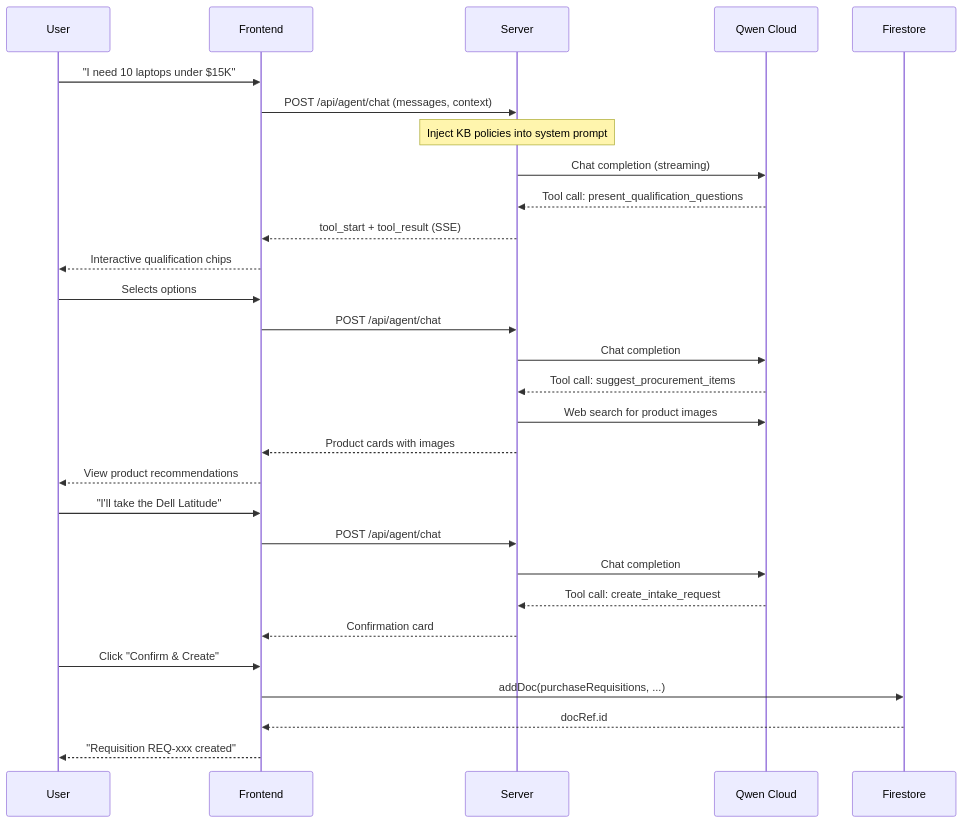
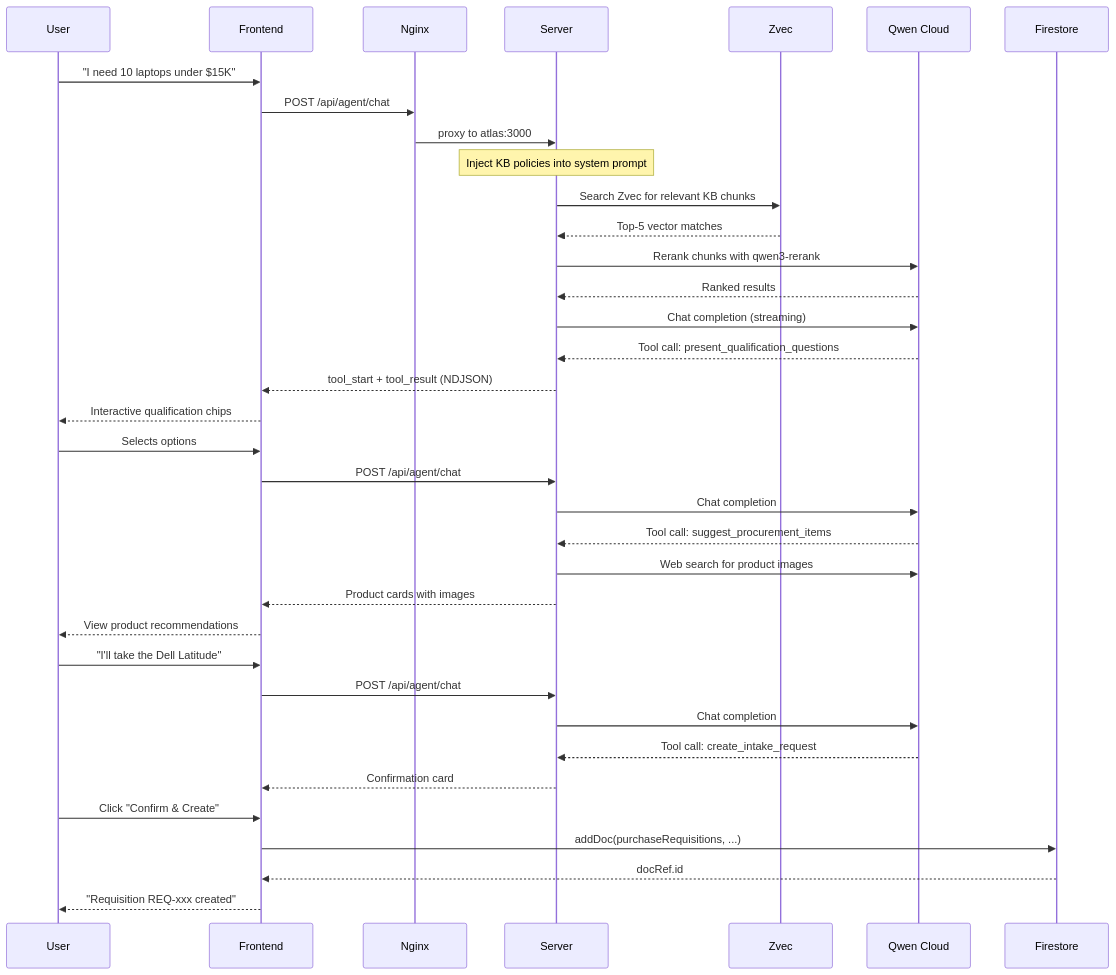
Before and after one commit to AlbertNjobo/procurely: the second of 4 diagrams in docs/architecture.md, drawn with Mermaid. The commit also changed other lines of this file and 3 other files, not shown here.

Commit message:
update : Reconfigured Architecture DIagram

````diff
--- a/docs/architecture.md
+++ b/docs/architecture.md
@@ -55,36 +70,44 @@
 ```mermaid
 sequenceDiagram
     participant U as User
     participant F as Frontend
+    participant N as Nginx
     participant S as Server
+    participant Z as Zvec
     participant Q as Qwen Cloud
     participant DB as Firestore
 
     U->>F: "I need 10 laptops under $15K"
-    F->>S: POST /api/agent/chat (messages, context)
+    F->>N: POST /api/agent/chat
+    N->>S: proxy to atlas:3000
     
     Note over S: Inject KB policies into system prompt
     
+    S->>Z: Search Zvec for relevant KB chunks
+    Z-->>S: Top-5 vector matches
+    S->>Q: Rerank chunks with qwen3-rerank
+    Q-->>S: Ranked results
+    
     S->>Q: Chat completion (streaming)
     Q-->>S: Tool call: present_qualification_questions
-    S-->>F: tool_start + tool_result (SSE)
+    S-->>F: tool_start + tool_result (NDJSON)
     F-->>U: Interactive qualification chips
     
     U->>F: Selects options
     F->>S: POST /api/agent/chat
     S->>Q: Chat completion
     Q-->>S: Tool call: suggest_procurement_items
     S->>Q: Web search for product images
     S-->>F: Product cards with images
     F-->>U: View product recommendations
     
     U->>F: "I'll take the Dell Latitude"
     F->>S: POST /api/agent/chat
     S->>Q: Chat completion
     Q-->>S: Tool call: create_intake_request
     S-->>F: Confirmation card
     U->>F: Click "Confirm & Create"
     F->>DB: addDoc(purchaseRequisitions, ...)
     DB-->>F: docRef.id
     F-->>U: "Requisition REQ-xxx created"
 ```
````
